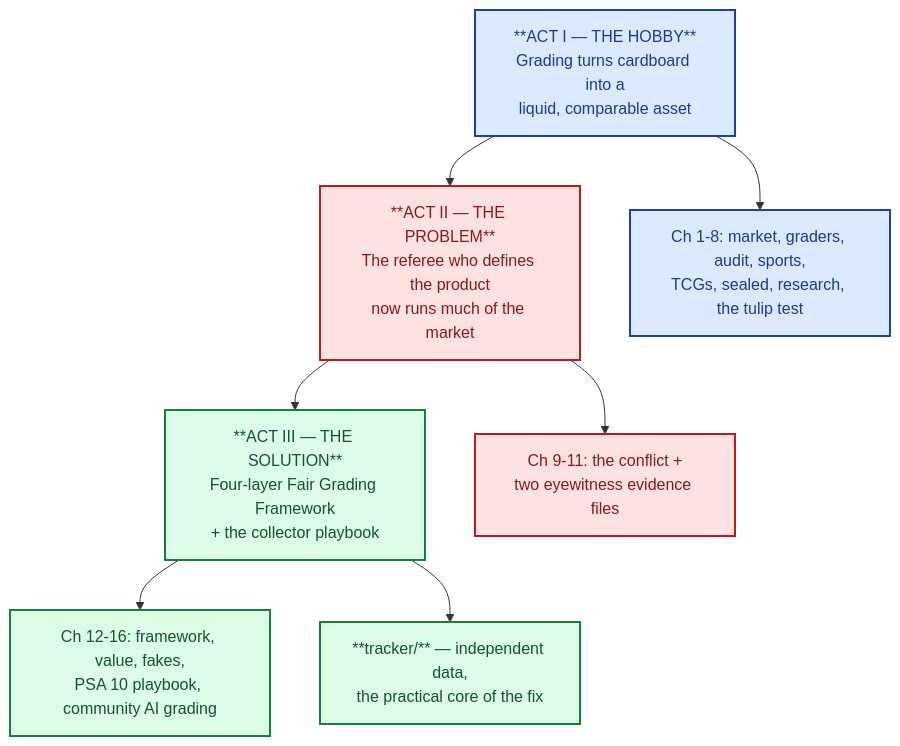
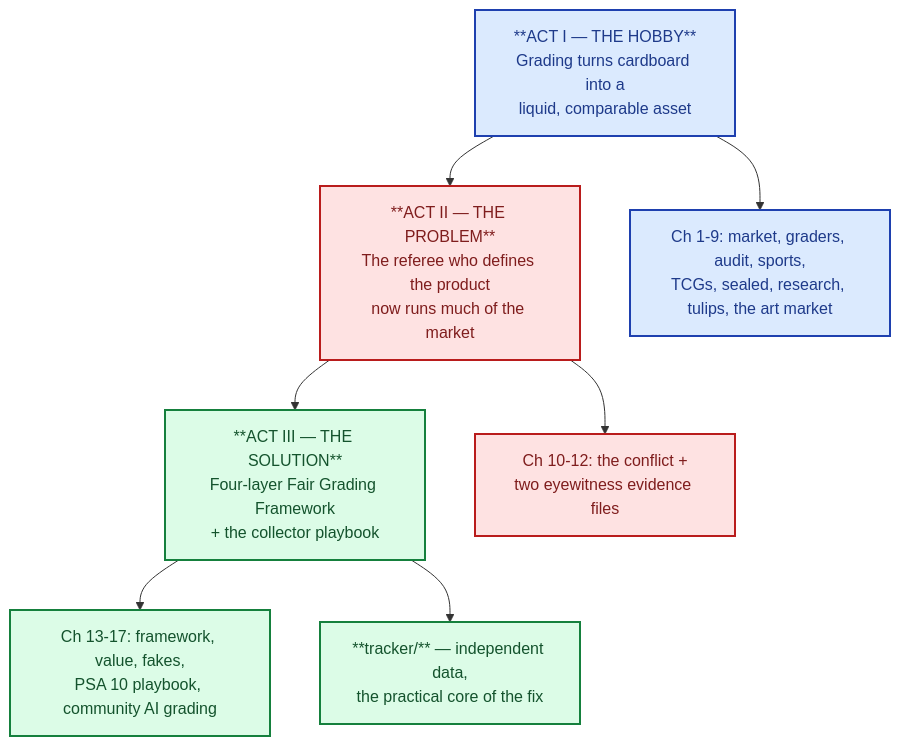
Before and after one commit to m0n3r0/trading-card-collector: the diagram in README.md, drawn with Mermaid. The commit also changed other lines of this file and 17 other files, not shown here.

First line of the commit message:
docs: new chapter 9 — cards vs the art market (17-chapter renumber)

````diff
--- a/README.md
+++ b/README.md
@@ -6,22 +6,22 @@
 ```mermaid
 
 flowchart TD
 classDef act1 fill:#dbeafe,stroke:#1e40af,stroke-width:2px,color:#1e3a8a;
 classDef act2 fill:#fee2e2,stroke:#b91c1c,stroke-width:2px,color:#7f1d1d;
 classDef act3 fill:#dcfce7,stroke:#15803d,stroke-width:2px,color:#14532d;
 classDef key fill:#fde68a,stroke:#b45309,stroke-width:2.5px,color:#78350f;
 classDef risk fill:#fecaca,stroke:#991b1b,stroke-width:2px,color:#7f1d1d;
 classDef verify fill:#bbf7d0,stroke:#15803d,stroke-width:2px,color:#14532d;
 classDef unv fill:#fef3c7,stroke:#b45309,stroke-width:2px,stroke-dasharray:6 4,color:#78350f;
 classDef money fill:#fef9c3,stroke:#a16207,stroke-width:2px,color:#713f12;
 classDef flow fill:#f1f5f9,stroke:#64748b,stroke-width:1.5px,color:#334155;
 classDef endg fill:#e2e8f0,stroke:#475569,stroke-width:2px,color:#1e293b;
   A["**ACT I — THE HOBBY**<br/>Grading turns cardboard into a<br/>liquid, comparable asset"]:::act1 --> B
   B["**ACT II — THE PROBLEM**<br/>The referee who defines the product<br/>now runs much of the market"]:::act2 --> C
   C["**ACT III — THE SOLUTION**<br/>Four-layer Fair Grading Framework<br/>+ the collector playbook"]:::act3
 
-  A --> A1["Ch 1-8: market, graders, audit, sports,<br/>TCGs, sealed, research, the tulip test"]:::act1
-  B --> B1["Ch 9-11: the conflict +<br/>two eyewitness evidence files"]:::act2
-  C --> C1["Ch 12-16: framework, value, fakes,<br/>PSA 10 playbook, community AI grading"]:::act3
+  A --> A1["Ch 1-9: market, graders, audit, sports,<br/>TCGs, sealed, research, tulips, the art market"]:::act1
+  B --> B1["Ch 10-12: the conflict +<br/>two eyewitness evidence files"]:::act2
+  C --> C1["Ch 13-17: framework, value, fakes,<br/>PSA 10 playbook, community AI grading"]:::act3
   C --> T["**tracker/** — independent data,<br/>the practical core of the fix"]:::act3
 ```
````
